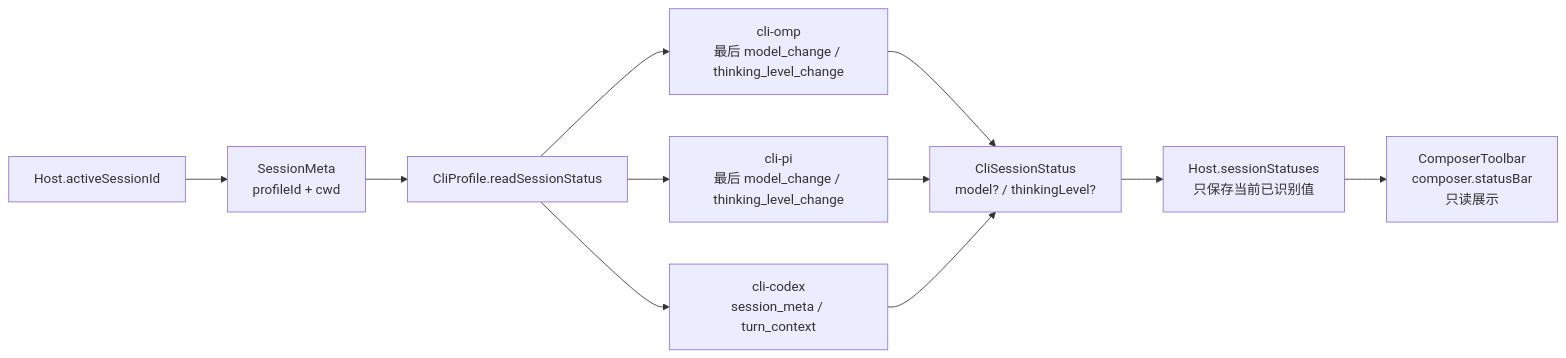
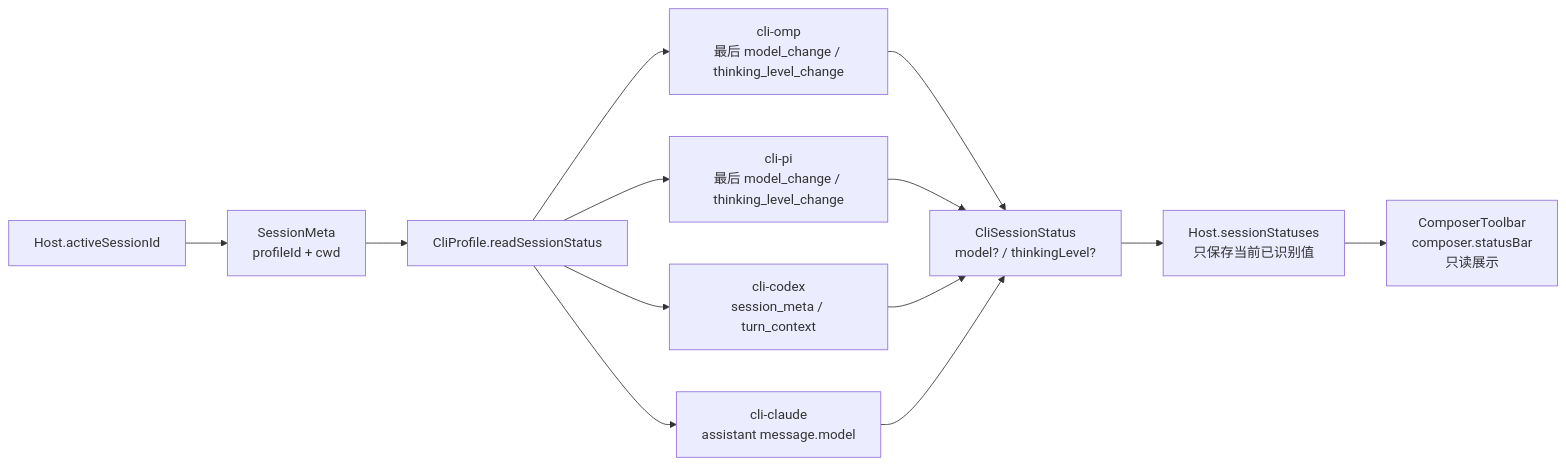
One commit to chenxiangning/tmd-cli changed the fifth of 8 diagrams in docs/architecture/02-code-architecture.md. Above: the diagram before and after it, drawn with Mermaid. The commit also changed other lines of this file and 2 other files, not shown here.

Commit message:
docs: cli-claude 入能力矩阵与架构图 —— 触发器/会话存储/quota 分级实证记录,插件清单同步

````diff
--- a/docs/architecture/02-code-architecture.md
+++ b/docs/architecture/02-code-architecture.md
@@ -174,11 +175,12 @@
 ```mermaid
 flowchart LR
     ACTIVE["Host.activeSessionId"] --> META["SessionMeta<br/>profileId + cwd"]
     META --> PROFILE["CliProfile.readSessionStatus"]
     PROFILE --> OMP["cli-omp<br/>最后 model_change / thinking_level_change"]
     PROFILE --> PI["cli-pi<br/>最后 model_change / thinking_level_change"]
     PROFILE --> CODEX["cli-codex<br/>session_meta / turn_context"]
-    OMP & PI & CODEX --> STATUS["CliSessionStatus<br/>model? / thinkingLevel?"]
+    PROFILE --> CLAUDE["cli-claude<br/>assistant message.model"]
+    OMP & PI & CODEX & CLAUDE--> STATUS["CliSessionStatus<br/>model? / thinkingLevel?"]
     STATUS --> HOST["Host.sessionStatuses<br/>只保存当前已识别值"]
     HOST --> TOOLBAR["ComposerToolbar<br/>composer.statusBar<br/>只读展示"]
 ```
````
